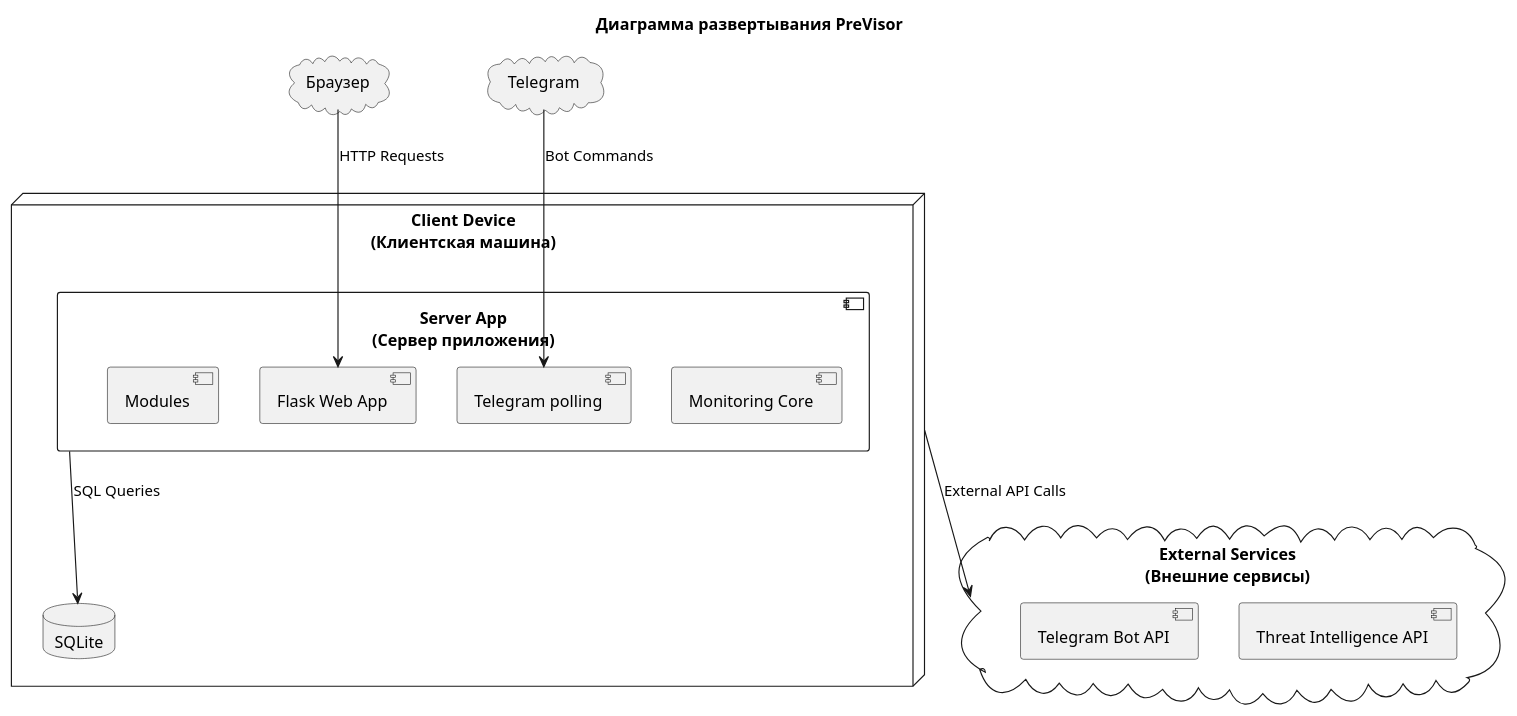
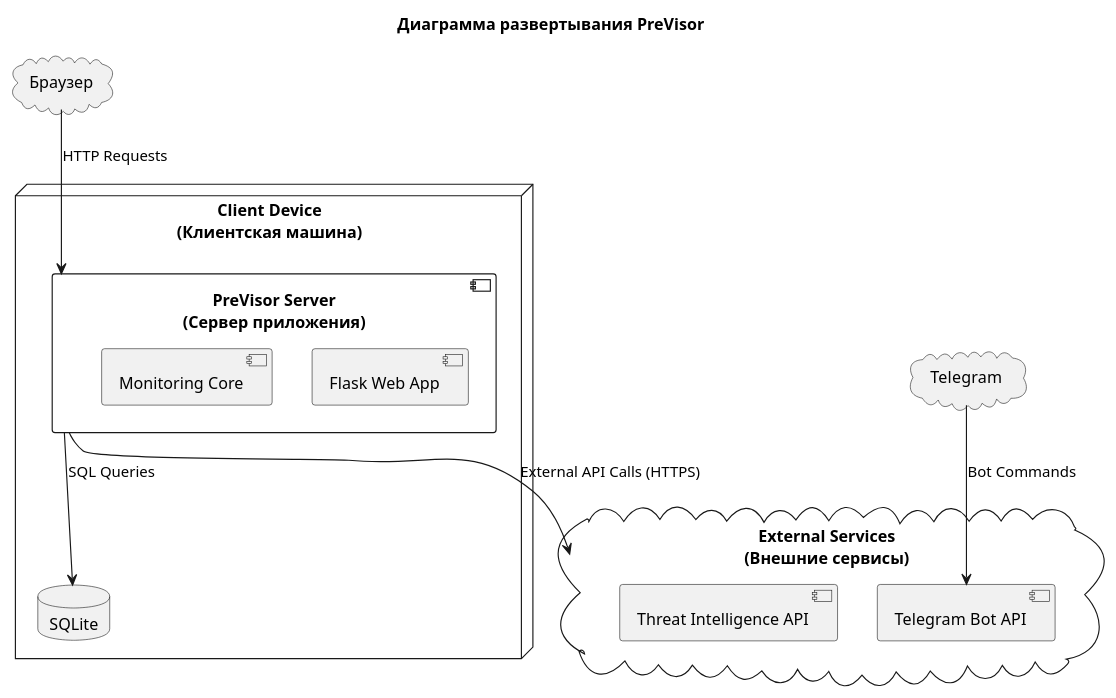
The diagram in static/previsor_deployment_diagram.puml (k00000tek/previsor), drawn with PlantUML before and after one commit. The commit also changed 10 other files, not shown here.

```diff
--- a/static/previsor_deployment_diagram.puml
+++ b/static/previsor_deployment_diagram.puml
@@ -1,28 +1,25 @@
 @startuml
 title Диаграмма развертывания PreVisor
 
 node "Client Device\n(Клиентская машина)" as client {
-  component "Server App\n(Сервер приложения)" as server{
-    component "Monitoring Core" as monitor
-    component "Flask Web App" as app
-    component "Telegram polling" as poll
-    component "Modules" as modules
+  component "PreVisor Server\n(Сервер приложения)" as server {
+    component "Flask Web App"
+    component "Monitoring Core"
   }
   database "SQLite" as db
 }
 
-cloud "External Services\n(Внешние сервисы)" as external {
-    [Threat Intelligence API]
-    [Telegram Bot API]
+cloud "Браузер" as browser
+cloud "Telegram" as tg
+
+cloud "External Services\n(Внешние сервисы)" as external{
+  component "Telegram Bot API" as tgapi
+  component "Threat Intelligence API" as ti
 }
 
-cloud "Браузер" as browser
-
-cloud "Telegram" as tg
-
-browser --> app : HTTP Requests
-tg --> poll : Bot Commands
+browser --> server : HTTP Requests
 server --> db : SQL Queries
-client --> external : External API Сalls
+server --> external : External API Calls (HTTPS)
+tg --> tgapi : Bot Commands
 
 @enduml
```
